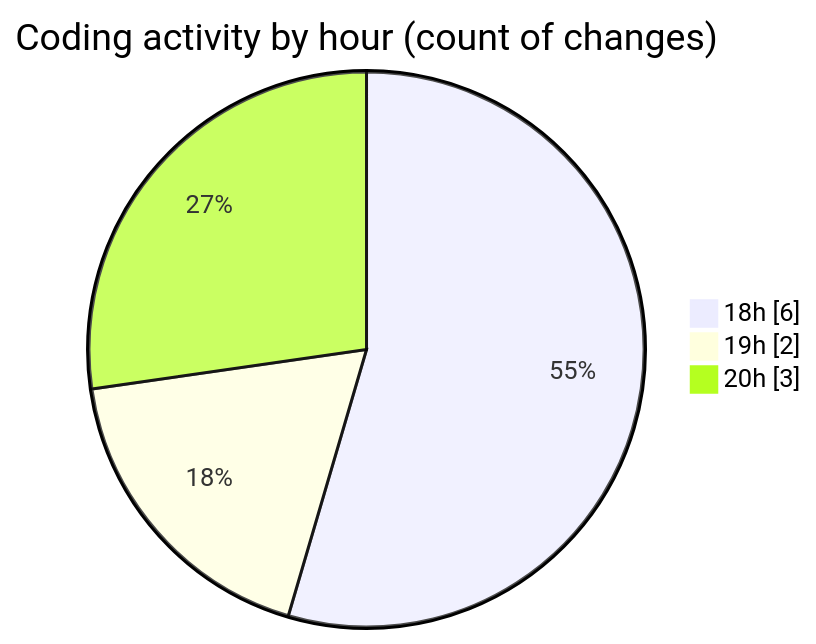
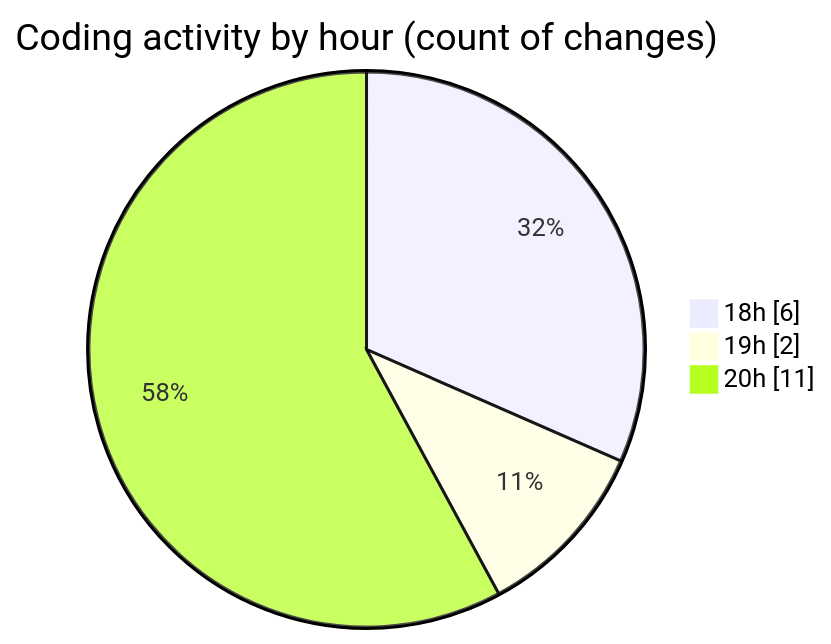
The second of 2 diagrams in 2025-08-10/transactions-new/README.md (EIIisD/code-tracking), drawn with Mermaid before and after one commit. The commit also changed other lines of this file and 1 other file, not shown here.

````diff
--- a/2025-08-10/transactions-new/README.md
+++ b/2025-08-10/transactions-new/README.md
@@ -32,7 +32,7 @@
 ```mermaid
 pie showData
 title Coding activity by hour (count of changes)
 "18h" : 6
 "19h" : 2
-"20h" : 3
+"20h" : 11
 ```
````
